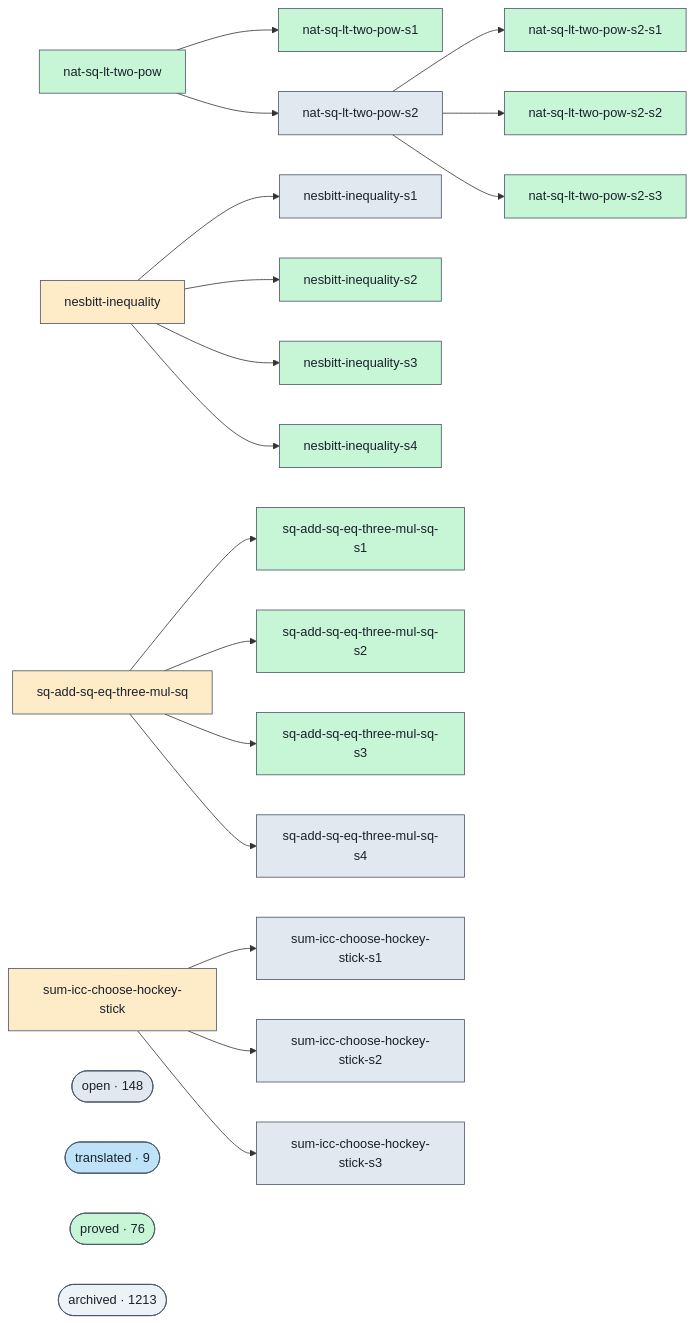
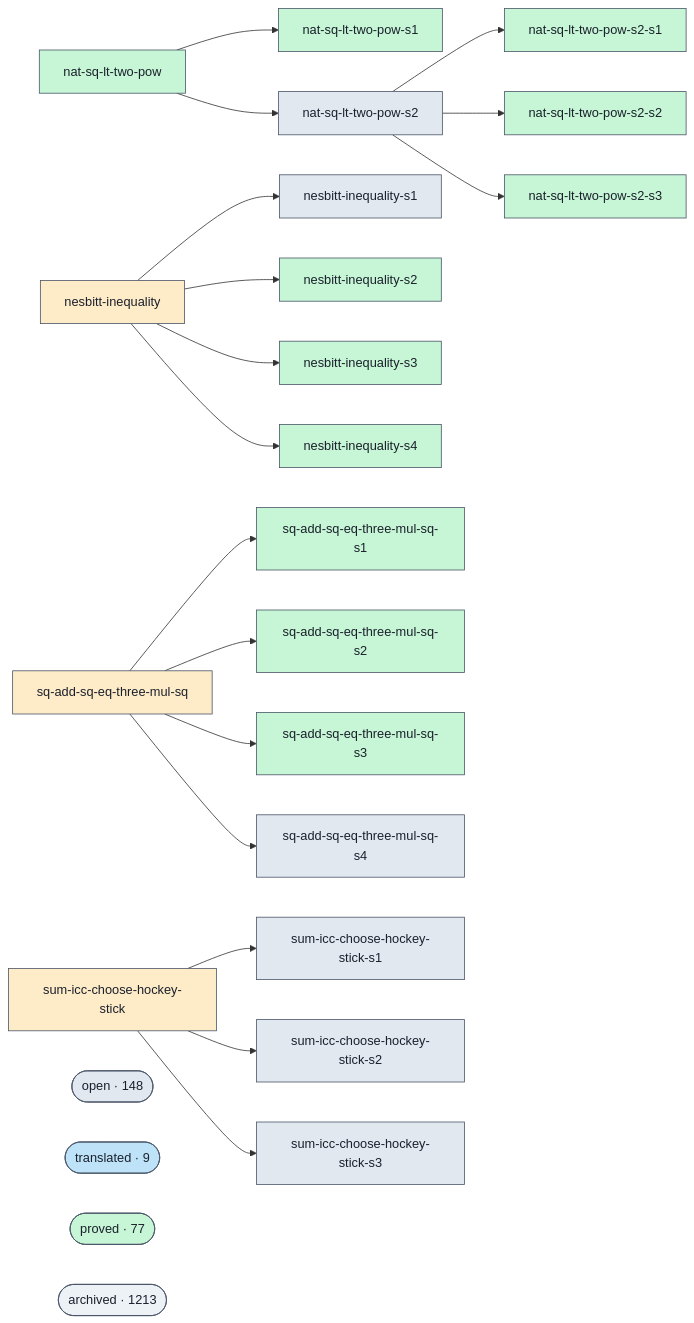
The diagram in docs/proofs-contributors-visualisation.md (Rauxon/unsorry), drawn with Mermaid before and after one commit. The commit also changed other lines of this file and 2 other files, not shown here.

```diff
--- a/docs/proofs-contributors-visualisation.md
+++ b/docs/proofs-contributors-visualisation.md
@@ -102,7 +102,7 @@
   class cluster_open open;
   cluster_translated(["translated · 9"])
   class cluster_translated translated;
-  cluster_proved(["proved · 76"])
+  cluster_proved(["proved · 77"])
   class cluster_proved proved;
   cluster_archived(["archived · 1213"])
   class cluster_archived unknown;
```
